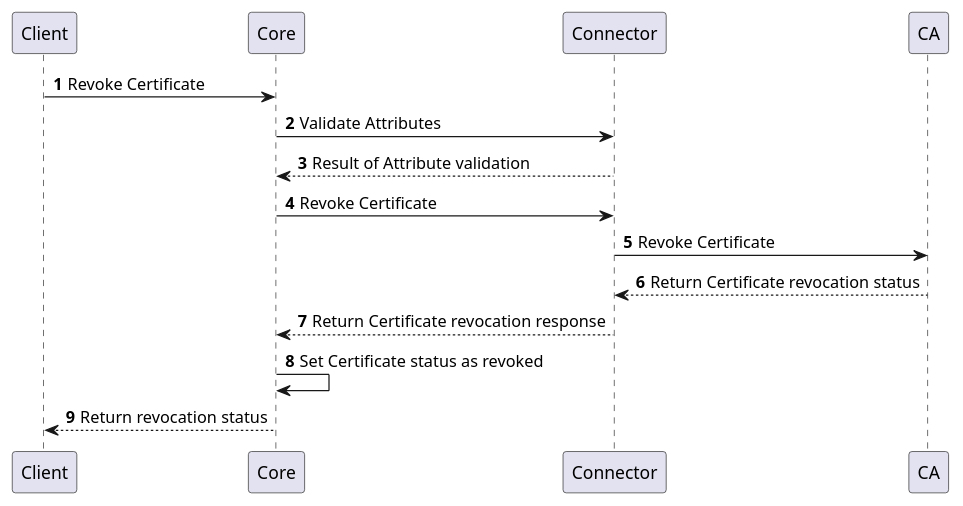
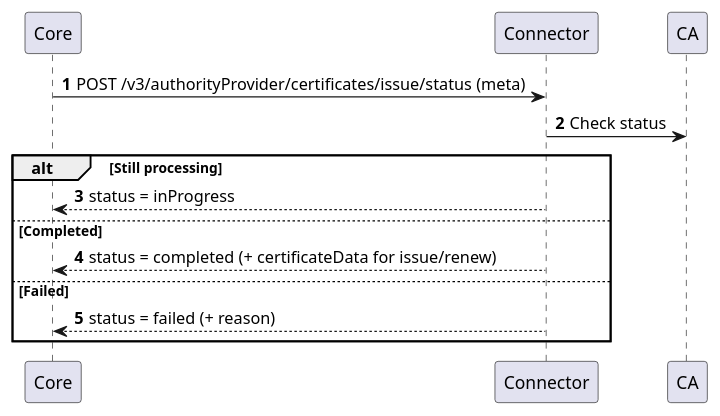
The first of 3 diagrams in docs/certificate-key/connectors/provider-interfaces/authority-provider-v3.md (CZERTAINLY/CZERTAINLY-Documentation), drawn with PlantUML before and after one commit. The commit also changed other lines of this file and 13 other files, not shown here.

````diff
--- a/docs/certificate-key/connectors/provider-interfaces/authority-provider-v3.md
+++ b/docs/certificate-key/connectors/provider-interfaces/authority-provider-v3.md
@@ -155,15 +91,14 @@
 ```plantuml
-    @startuml
-    autonumber
-    skinparam topurl https://docs.otilm.com/api/
-        Client -> Core [[core-client-operations/#tag/v2-Client-Operations/operation/revokeCertificate]]: Revoke Certificate
-        Core -> Connector : Validate Attributes
-        Connector --> Core: Result of Attribute validation
-        Core -> Connector : Revoke Certificate
-        Connector -> CA: Revoke Certificate
-        CA --> Connector: Return Certificate revocation status
-        Connector --> Core: Return Certificate revocation response
-        Core -> Core : Set Certificate status as revoked
-        Core --> Client: Return revocation status
-    @enduml
+@startuml
+autonumber
+Core -> Connector : POST /v3/authorityProvider/certificates/issue/status (meta)
+Connector -> CA : Check status
+alt Still processing
+  Connector --> Core : status = inProgress
+else Completed
+  Connector --> Core : status = completed (+ certificateData for issue/renew)
+else Failed
+  Connector --> Core : status = failed (+ reason)
+end
+@enduml
 ```
````
